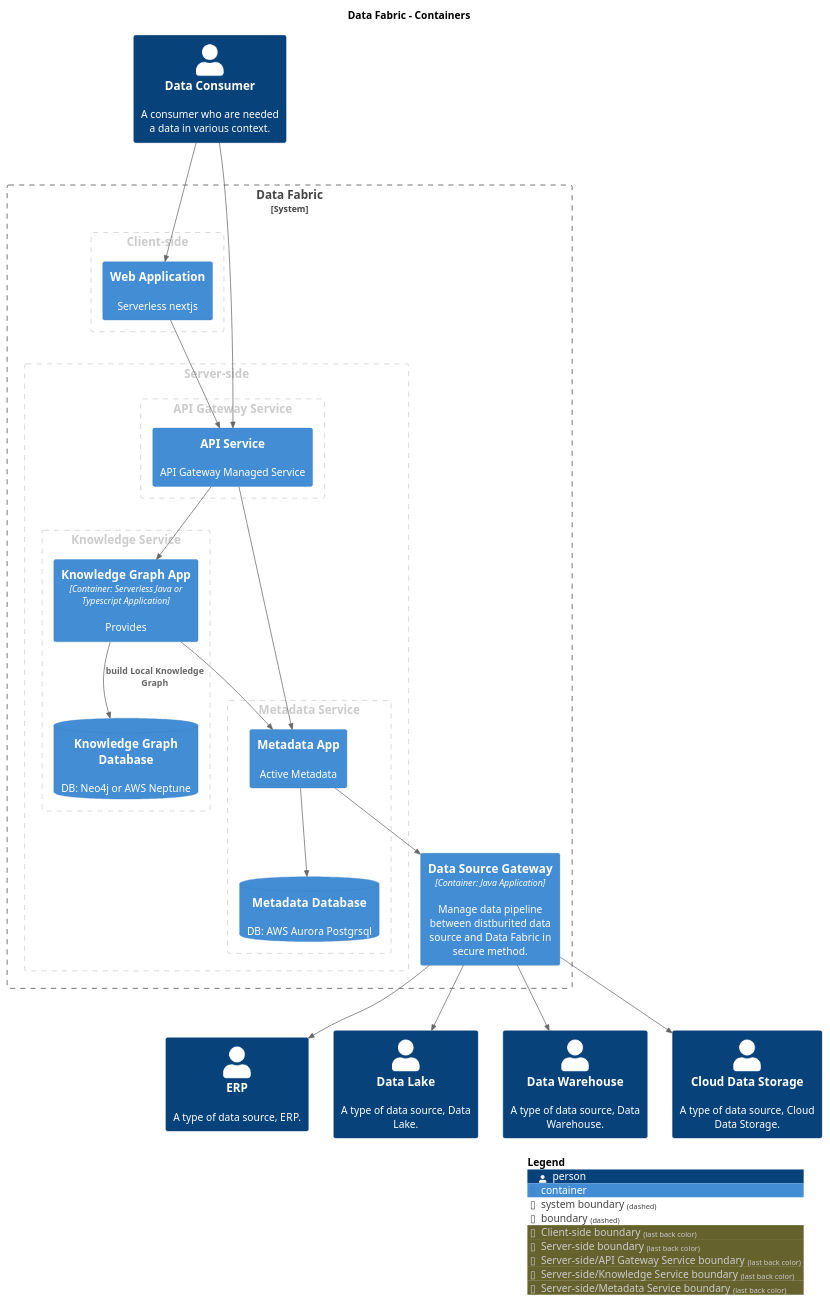
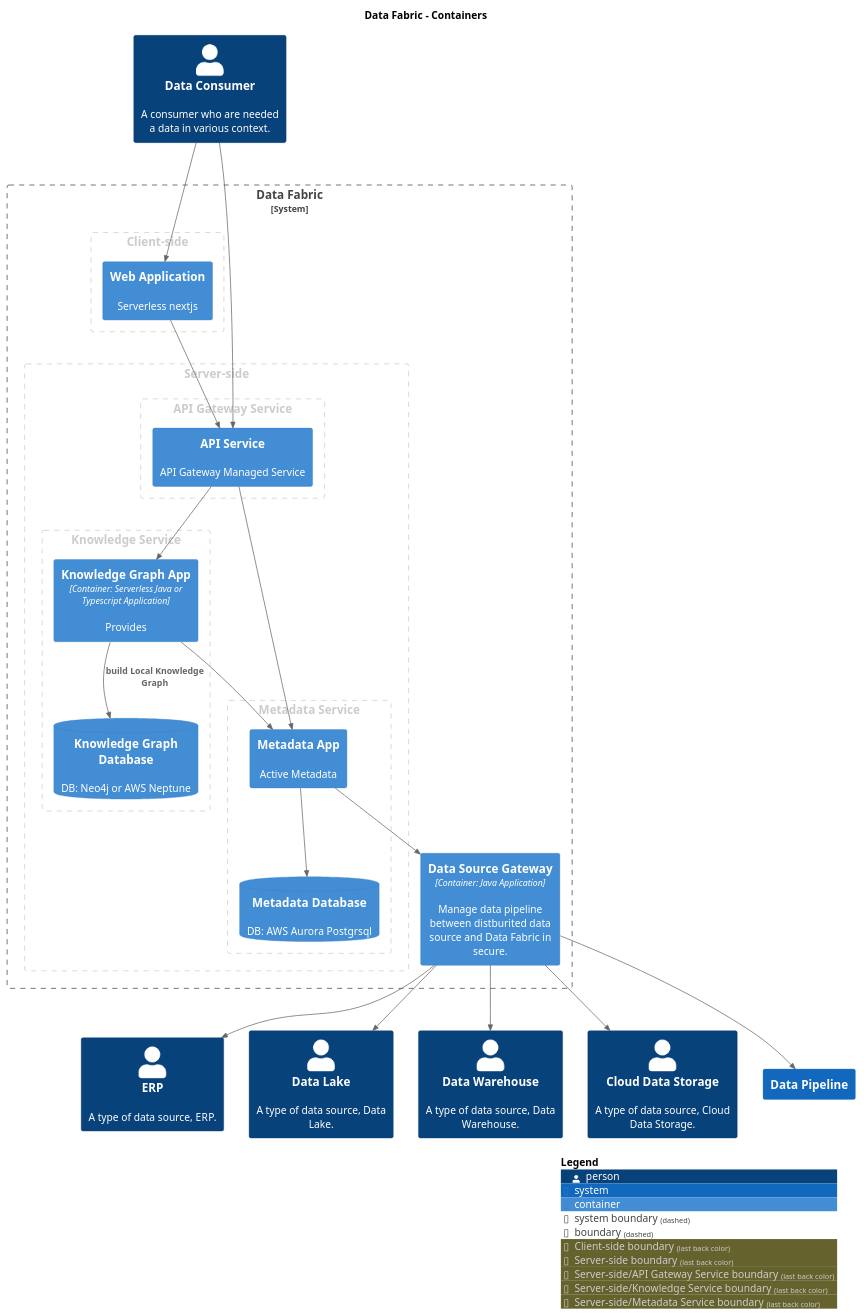
The diagram in puml/Containers-Containers.puml (IntellectusCorp/data-fabric-docs), drawn with PlantUML before and after one commit. The commit also changed 79 other files, not shown here.

Commit message:
Deploying to gh-pages from @ IntellectusCorp/data-fabric-docs@6b20353541501908b53f441d7acd5391b726523c 🚀

```diff
--- a/puml/Containers-Containers.puml
+++ b/puml/Containers-Containers.puml
@@ -1,64 +1,66 @@
 @startuml
 set separator none
 title Data Fabric - Containers
 
 top to bottom direction
 
 !include <C4/C4>
 !include <C4/C4_Context>
 !include <C4/C4_Container>
 
 skinparam svgDimensionStyle false
 skinparam preserveAspectRatio meet
 Person(DataConsumer, "Data Consumer", $descr="A consumer who are needed a data in various context.", $tags="", $link="")
 Person(ERP, "ERP", $descr="A type of data source, ERP.", $tags="", $link="")
 Person(DataLake, "Data Lake", $descr="A type of data source, Data Lake.", $tags="", $link="")
 Person(DataWarehouse, "Data Warehouse", $descr="A type of data source, Data Warehouse.", $tags="", $link="")
 Person(CloudDataStorage, "Cloud Data Storage", $descr="A type of data source, Cloud Data Storage.", $tags="", $link="")
+System(DataPipeline, "Data Pipeline", $descr="", $tags="", $link="../../data-pipeline/context/")
 
 System_Boundary("DataFabric_boundary", "Data Fabric", $tags="") {
   AddBoundaryTag("Client-side", $borderColor="#cccccc", $fontColor="#cccccc")
   Boundary(group_1, "Client-side", $tags="Client-side") {
     Container(DataFabric.WebApplication, "Web Application", $techn="", $descr="Serverless nextjs", $tags="", $link="")
   }
 
   AddBoundaryTag("Server-side", $borderColor="#cccccc", $fontColor="#cccccc")
   Boundary(group_2, "Server-side", $tags="Server-side") {
       AddBoundaryTag("Server-side/API Gateway Service", $borderColor="#cccccc", $fontColor="#cccccc")
       Boundary(group_3, "API Gateway Service", $tags="Server-side/API Gateway Service") {
         Container(DataFabric.APIService, "API Service", $techn="", $descr="API Gateway Managed Service", $tags="", $link="")
       }
 
       AddBoundaryTag("Server-side/Knowledge Service", $borderColor="#cccccc", $fontColor="#cccccc")
       Boundary(group_4, "Knowledge Service", $tags="Server-side/Knowledge Service") {
+        Container(DataFabric.KnowledgeGraphApp, "Knowledge Graph App", $techn="Container: Serverless Java or Typescript Application", $descr="Provides", $tags="", $link="../component/")
         ContainerDb(DataFabric.KnowledgeGraphDatabase, "Knowledge Graph Database", $techn="", $descr="DB: Neo4j or AWS Neptune", $tags="", $link="")
-        Container(DataFabric.KnowledgeGraphApp, "Knowledge Graph App", $techn="Container: Serverless Java or Typescript Application", $descr="Provides", $tags="", $link="../component/")
       }
 
       AddBoundaryTag("Server-side/Metadata Service", $borderColor="#cccccc", $fontColor="#cccccc")
       Boundary(group_5, "Metadata Service", $tags="Server-side/Metadata Service") {
         Container(DataFabric.MetadataApp, "Metadata App", $techn="", $descr="Active Metadata", $tags="", $link="../component/")
         ContainerDb(DataFabric.MetadataDatabase, "Metadata Database", $techn="", $descr="DB: AWS Aurora Postgrsql", $tags="", $link="")
       }
 
   }
 
-  Container(DataFabric.DataSourceGateway, "Data Source Gateway", $techn="Container: Java Application", $descr="Manage data pipeline between distburited data source and Data Fabric in secure method.", $tags="", $link="")
+  Container(DataFabric.DataSourceGateway, "Data Source Gateway", $techn="Container: Java Application", $descr="Manage data pipeline between distburited data source and Data Fabric in secure.", $tags="", $link="")
 }
 
+Rel_D(DataFabric.DataSourceGateway, DataPipeline, "", $techn="", $tags="", $link="")
 Rel_D(DataConsumer, DataFabric.APIService, "", $techn="", $tags="", $link="")
 Rel_D(DataConsumer, DataFabric.WebApplication, "", $techn="", $tags="", $link="")
 Rel_D(DataFabric.KnowledgeGraphApp, DataFabric.KnowledgeGraphDatabase, "build Local Knowledge Graph", $techn="", $tags="", $link="")
 Rel_D(DataFabric.KnowledgeGraphApp, DataFabric.MetadataApp, "", $techn="", $tags="", $link="")
 Rel_D(DataFabric.DataSourceGateway, ERP, "", $techn="", $tags="", $link="")
 Rel_D(DataFabric.DataSourceGateway, DataLake, "", $techn="", $tags="", $link="")
 Rel_D(DataFabric.DataSourceGateway, DataWarehouse, "", $techn="", $tags="", $link="")
 Rel_D(DataFabric.DataSourceGateway, CloudDataStorage, "", $techn="", $tags="", $link="")
 Rel_D(DataFabric.MetadataApp, DataFabric.DataSourceGateway, "", $techn="", $tags="", $link="")
 Rel_D(DataFabric.MetadataApp, DataFabric.MetadataDatabase, "", $techn="", $tags="", $link="")
 Rel_D(DataFabric.APIService, DataFabric.KnowledgeGraphApp, "", $techn="", $tags="", $link="")
 Rel_D(DataFabric.APIService, DataFabric.MetadataApp, "", $techn="", $tags="", $link="")
 Rel_D(DataFabric.WebApplication, DataFabric.APIService, "", $techn="", $tags="", $link="")
 
 SHOW_LEGEND(true)
 @enduml
```
